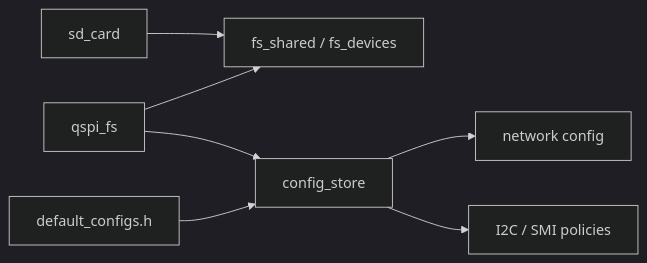
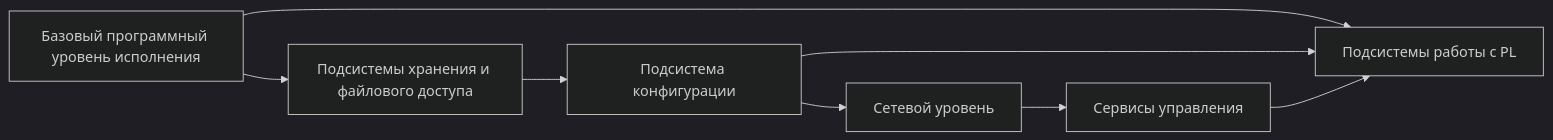
Before and after one commit to igtrefilov/bvstk: the second of 2 diagrams in docs/dev/architecture.md, drawn with Mermaid (dark theme). The commit also changed other lines of this file, not shown here.

Commit message:
docs: continue architecture rewrite

````diff
--- a/docs/dev/architecture.md
+++ b/docs/dev/architecture.md
@@ -373,9 +169,17 @@
 ```mermaid
 flowchart LR
-  sd["sd_card"] --> fs["fs_shared / fs_devices"]
-  qspi["qspi_fs"] --> fs
-  qspi --> cfg["config_store"]
-  defs["default_configs.h"] --> cfg
-  cfg --> net["network config"]
-  cfg --> pl["I2C / SMI policies"]
+  rt["Базовый программный уровень исполнения"]
+  fs["Подсистемы хранения и файлового доступа"]
+  cfg["Подсистема конфигурации"]
+  net["Сетевой уровень"]
+  svc["Сервисы управления"]
+  plsw["Подсистемы работы с PL"]
+
+  rt --> fs
+  fs --> cfg
+  cfg --> net
+  net --> svc
+  rt --> plsw
+  cfg --> plsw
+  svc --> plsw
 ```
````
